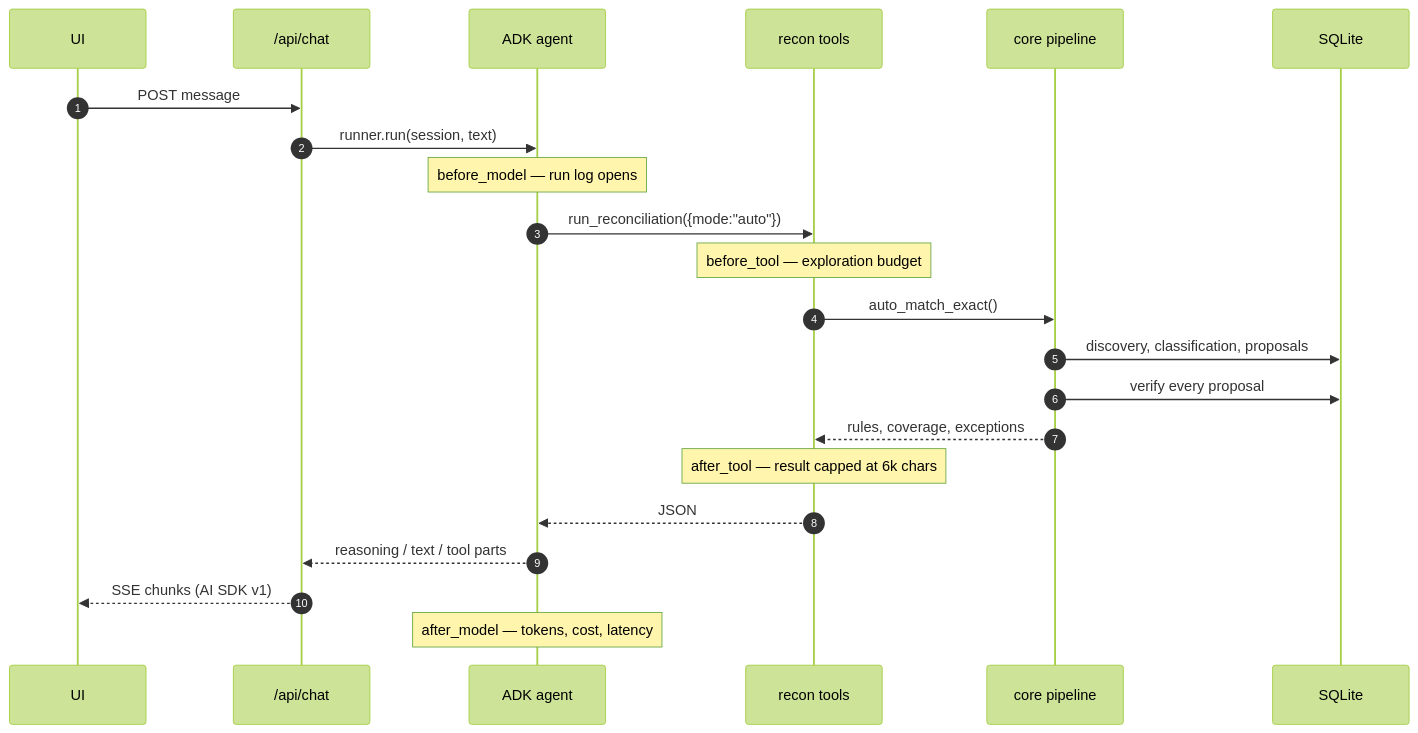
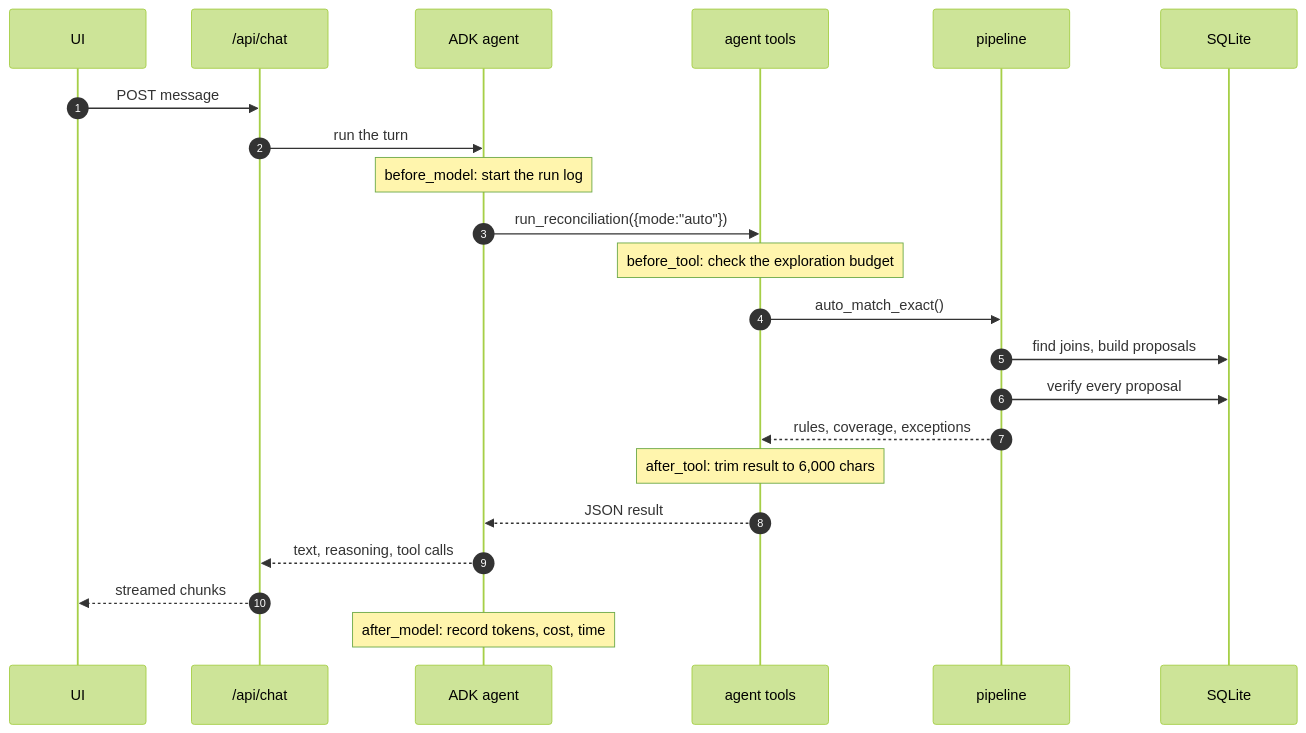
One commit to Gous0786/LedgerLine changed the second of 3 diagrams in docs/ARCHITECTURE.md. Above: the diagram before and after it, drawn with Mermaid (forest theme). The commit also changed other lines of this file and 5 other files, not shown here.

````diff
--- a/docs/ARCHITECTURE.md
+++ b/docs/ARCHITECTURE.md
@@ -53,25 +56,25 @@
 ```mermaid
 sequenceDiagram
     autonumber
     participant UI
     participant Chat as /api/chat
     participant Agent as ADK agent
-    participant Tools as recon tools
-    participant Core as core pipeline
+    participant Tools as agent tools
+    participant Core as pipeline
     participant DB as SQLite
 
     UI->>Chat: POST message
-    Chat->>Agent: runner.run(session, text)
-    Note over Agent: before_model — run log opens
+    Chat->>Agent: run the turn
+    Note over Agent: before_model: start the run log
     Agent->>Tools: run_reconciliation({mode:"auto"})
-    Note over Tools: before_tool — exploration budget
+    Note over Tools: before_tool: check the exploration budget
     Tools->>Core: auto_match_exact()
-    Core->>DB: discovery, classification, proposals
+    Core->>DB: find joins, build proposals
     Core->>DB: verify every proposal
     Core-->>Tools: rules, coverage, exceptions
-    Note over Tools: after_tool — result capped at 6k chars
-    Tools-->>Agent: JSON
-    Agent-->>Chat: reasoning / text / tool parts
-    Chat-->>UI: SSE chunks (AI SDK v1)
-    Note over Agent: after_model — tokens, cost, latency
+    Note over Tools: after_tool: trim result to 6,000 chars
+    Tools-->>Agent: JSON result
+    Agent-->>Chat: text, reasoning, tool calls
+    Chat-->>UI: streamed chunks
+    Note over Agent: after_model: record tokens, cost, time
 ```
````
